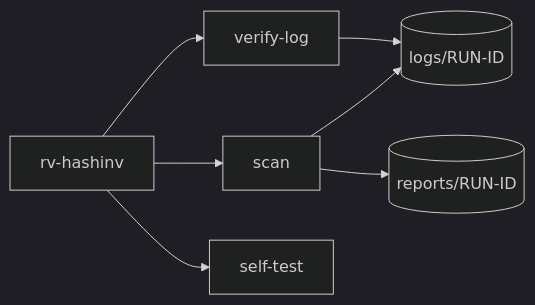
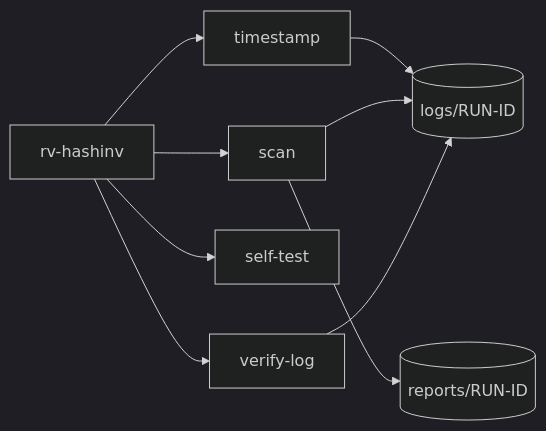
Before and after one commit to Panacota96/rakvor-forge-sample: the diagram in docs/usage-cli.md, drawn with Mermaid (dark theme). The commit also changed other lines of this file and 41 other files, not shown here.

````diff
--- a/docs/usage-cli.md
+++ b/docs/usage-cli.md
@@ -5,9 +5,11 @@
 ```mermaid
 flowchart LR
   A[rv-hashinv] --> B[scan]
   A --> C[verify-log]
   A --> D[self-test]
+  A --> T[timestamp]
+  T --> E
   B --> E[(logs/RUN-ID)]
   B --> F[(reports/RUN-ID)]
   C --> E
 ```
````
